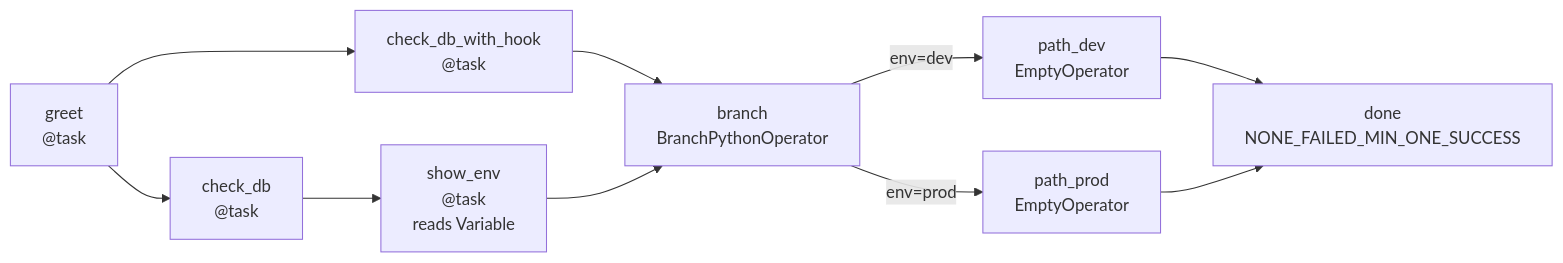
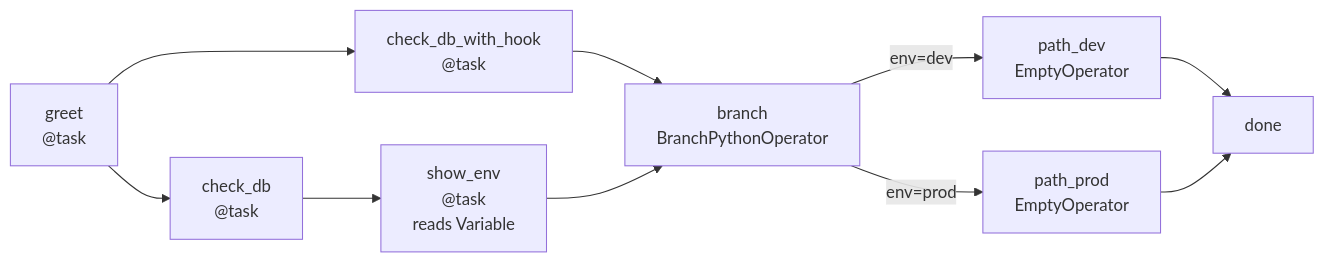
One commit to thelearningdev/airlfow-workshop changed the diagram in slides/pages/module-0.md. Above: the diagram before and after it, drawn with Mermaid. The commit also changed other lines of this file and 30 other files, not shown here.

````diff
--- a/slides/pages/module-0.md
+++ b/slides/pages/module-0.md
@@ -28,12 +27,12 @@
 ```mermaid
 flowchart LR
     A["greet\n@task"] --> B["check_db_with_hook\n@task"]
     A --> C["check_db\n@task"]
     C --> D["show_env\n@task\nreads Variable"]
     B --> E["branch\nBranchPythonOperator"]
     D --> E
     E -->|"env=dev"| F["path_dev\nEmptyOperator"]
     E -->|"env=prod"| G["path_prod\nEmptyOperator"]
-    F --> H["done\nNONE_FAILED_MIN_ONE_SUCCESS"]
+    F --> H["done"]
     G --> H
 ```
````
